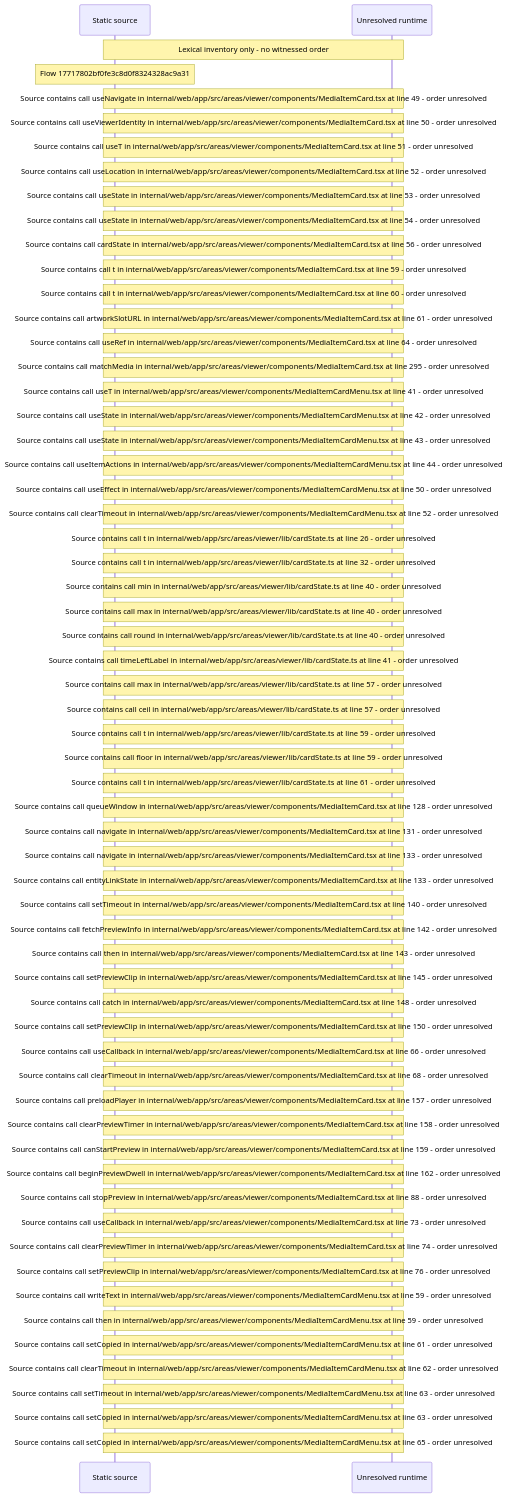
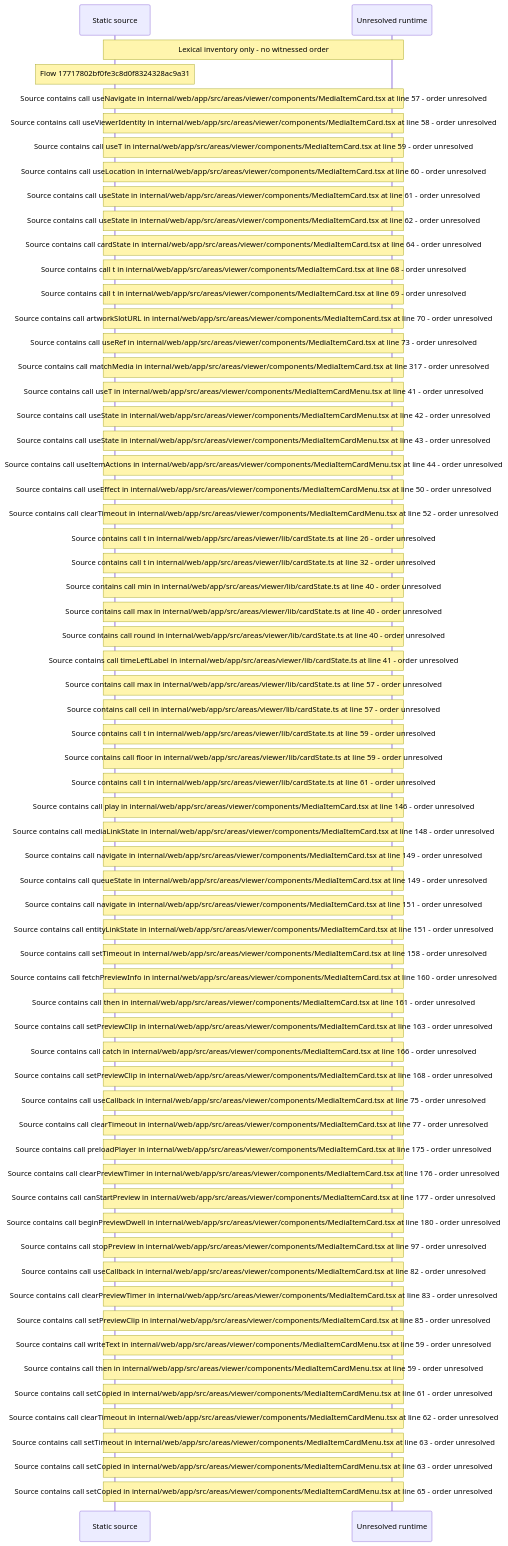
Before and after one commit to beamfall/core: the diagram in docs/web/flows/generated/17717802bf0fe3c8d0f8324328ac9a31/flow-diagram.md, drawn with Mermaid. The commit also changed other lines of this file and 714 other files, not shown here.

Commit message:
Regenerate the web flow record on the batch 5 head (CORE-1762)

````diff
--- a/docs/web/flows/generated/17717802bf0fe3c8d0f8324328ac9a31/flow-diagram.md
+++ b/docs/web/flows/generated/17717802bf0fe3c8d0f8324328ac9a31/flow-diagram.md
@@ -10,63 +10,65 @@
 ```mermaid
 sequenceDiagram
     participant S as Static source
     participant U as Unresolved runtime
     Note over S,U: Lexical inventory only - no witnessed order
     Note over S: Flow 17717802bf0fe3c8d0f8324328ac9a31
-    Note over S,U: Source contains call useNavigate in internal/web/app/src/areas/viewer/components/MediaItemCard.tsx at line 49 - order unresolved
-    Note over S,U: Source contains call useViewerIdentity in internal/web/app/src/areas/viewer/components/MediaItemCard.tsx at line 50 - order unresolved
-    Note over S,U: Source contains call useT in internal/web/app/src/areas/viewer/components/MediaItemCard.tsx at line 51 - order unresolved
-    Note over S,U: Source contains call useLocation in internal/web/app/src/areas/viewer/components/MediaItemCard.tsx at line 52 - order unresolved
-    Note over S,U: Source contains call useState in internal/web/app/src/areas/viewer/components/MediaItemCard.tsx at line 53 - order unresolved
-    Note over S,U: Source contains call useState in internal/web/app/src/areas/viewer/components/MediaItemCard.tsx at line 54 - order unresolved
-    Note over S,U: Source contains call cardState in internal/web/app/src/areas/viewer/components/MediaItemCard.tsx at line 56 - order unresolved
-    Note over S,U: Source contains call t in internal/web/app/src/areas/viewer/components/MediaItemCard.tsx at line 59 - order unresolved
-    Note over S,U: Source contains call t in internal/web/app/src/areas/viewer/components/MediaItemCard.tsx at line 60 - order unresolved
-    Note over S,U: Source contains call artworkSlotURL in internal/web/app/src/areas/viewer/components/MediaItemCard.tsx at line 61 - order unresolved
-    Note over S,U: Source contains call useRef in internal/web/app/src/areas/viewer/components/MediaItemCard.tsx at line 64 - order unresolved
-    Note over S,U: Source contains call matchMedia in internal/web/app/src/areas/viewer/components/MediaItemCard.tsx at line 295 - order unresolved
+    Note over S,U: Source contains call useNavigate in internal/web/app/src/areas/viewer/components/MediaItemCard.tsx at line 57 - order unresolved
+    Note over S,U: Source contains call useViewerIdentity in internal/web/app/src/areas/viewer/components/MediaItemCard.tsx at line 58 - order unresolved
+    Note over S,U: Source contains call useT in internal/web/app/src/areas/viewer/components/MediaItemCard.tsx at line 59 - order unresolved
+    Note over S,U: Source contains call useLocation in internal/web/app/src/areas/viewer/components/MediaItemCard.tsx at line 60 - order unresolved
+    Note over S,U: Source contains call useState in internal/web/app/src/areas/viewer/components/MediaItemCard.tsx at line 61 - order unresolved
+    Note over S,U: Source contains call useState in internal/web/app/src/areas/viewer/components/MediaItemCard.tsx at line 62 - order unresolved
+    Note over S,U: Source contains call cardState in internal/web/app/src/areas/viewer/components/MediaItemCard.tsx at line 64 - order unresolved
+    Note over S,U: Source contains call t in internal/web/app/src/areas/viewer/components/MediaItemCard.tsx at line 68 - order unresolved
+    Note over S,U: Source contains call t in internal/web/app/src/areas/viewer/components/MediaItemCard.tsx at line 69 - order unresolved
+    Note over S,U: Source contains call artworkSlotURL in internal/web/app/src/areas/viewer/components/MediaItemCard.tsx at line 70 - order unresolved
+    Note over S,U: Source contains call useRef in internal/web/app/src/areas/viewer/components/MediaItemCard.tsx at line 73 - order unresolved
+    Note over S,U: Source contains call matchMedia in internal/web/app/src/areas/viewer/components/MediaItemCard.tsx at line 317 - order unresolved
     Note over S,U: Source contains call useT in internal/web/app/src/areas/viewer/components/MediaItemCardMenu.tsx at line 41 - order unresolved
     Note over S,U: Source contains call useState in internal/web/app/src/areas/viewer/components/MediaItemCardMenu.tsx at line 42 - order unresolved
     Note over S,U: Source contains call useState in internal/web/app/src/areas/viewer/components/MediaItemCardMenu.tsx at line 43 - order unresolved
     Note over S,U: Source contains call useItemActions in internal/web/app/src/areas/viewer/components/MediaItemCardMenu.tsx at line 44 - order unresolved
     Note over S,U: Source contains call useEffect in internal/web/app/src/areas/viewer/components/MediaItemCardMenu.tsx at line 50 - order unresolved
     Note over S,U: Source contains call clearTimeout in internal/web/app/src/areas/viewer/components/MediaItemCardMenu.tsx at line 52 - order unresolved
     Note over S,U: Source contains call t in internal/web/app/src/areas/viewer/lib/cardState.ts at line 26 - order unresolved
     Note over S,U: Source contains call t in internal/web/app/src/areas/viewer/lib/cardState.ts at line 32 - order unresolved
     Note over S,U: Source contains call min in internal/web/app/src/areas/viewer/lib/cardState.ts at line 40 - order unresolved
     Note over S,U: Source contains call max in internal/web/app/src/areas/viewer/lib/cardState.ts at line 40 - order unresolved
     Note over S,U: Source contains call round in internal/web/app/src/areas/viewer/lib/cardState.ts at line 40 - order unresolved
     Note over S,U: Source contains call timeLeftLabel in internal/web/app/src/areas/viewer/lib/cardState.ts at line 41 - order unresolved
     Note over S,U: Source contains call max in internal/web/app/src/areas/viewer/lib/cardState.ts at line 57 - order unresolved
     Note over S,U: Source contains call ceil in internal/web/app/src/areas/viewer/lib/cardState.ts at line 57 - order unresolved
     Note over S,U: Source contains call t in internal/web/app/src/areas/viewer/lib/cardState.ts at line 59 - order unresolved
     Note over S,U: Source contains call floor in internal/web/app/src/areas/viewer/lib/cardState.ts at line 59 - order unresolved
     Note over S,U: Source contains call t in internal/web/app/src/areas/viewer/lib/cardState.ts at line 61 - order unresolved
-    Note over S,U: Source contains call queueWindow in internal/web/app/src/areas/viewer/components/MediaItemCard.tsx at line 128 - order unresolved
-    Note over S,U: Source contains call navigate in internal/web/app/src/areas/viewer/components/MediaItemCard.tsx at line 131 - order unresolved
-    Note over S,U: Source contains call navigate in internal/web/app/src/areas/viewer/components/MediaItemCard.tsx at line 133 - order unresolved
-    Note over S,U: Source contains call entityLinkState in internal/web/app/src/areas/viewer/components/MediaItemCard.tsx at line 133 - order unresolved
-    Note over S,U: Source contains call setTimeout in internal/web/app/src/areas/viewer/components/MediaItemCard.tsx at line 140 - order unresolved
-    Note over S,U: Source contains call fetchPreviewInfo in internal/web/app/src/areas/viewer/components/MediaItemCard.tsx at line 142 - order unresolved
-    Note over S,U: Source contains call then in internal/web/app/src/areas/viewer/components/MediaItemCard.tsx at line 143 - order unresolved
-    Note over S,U: Source contains call setPreviewClip in internal/web/app/src/areas/viewer/components/MediaItemCard.tsx at line 145 - order unresolved
-    Note over S,U: Source contains call catch in internal/web/app/src/areas/viewer/components/MediaItemCard.tsx at line 148 - order unresolved
-    Note over S,U: Source contains call setPreviewClip in internal/web/app/src/areas/viewer/components/MediaItemCard.tsx at line 150 - order unresolved
-    Note over S,U: Source contains call useCallback in internal/web/app/src/areas/viewer/components/MediaItemCard.tsx at line 66 - order unresolved
-    Note over S,U: Source contains call clearTimeout in internal/web/app/src/areas/viewer/components/MediaItemCard.tsx at line 68 - order unresolved
-    Note over S,U: Source contains call preloadPlayer in internal/web/app/src/areas/viewer/components/MediaItemCard.tsx at line 157 - order unresolved
-    Note over S,U: Source contains call clearPreviewTimer in internal/web/app/src/areas/viewer/components/MediaItemCard.tsx at line 158 - order unresolved
-    Note over S,U: Source contains call canStartPreview in internal/web/app/src/areas/viewer/components/MediaItemCard.tsx at line 159 - order unresolved
-    Note over S,U: Source contains call beginPreviewDwell in internal/web/app/src/areas/viewer/components/MediaItemCard.tsx at line 162 - order unresolved
-    Note over S,U: Source contains call stopPreview in internal/web/app/src/areas/viewer/components/MediaItemCard.tsx at line 88 - order unresolved
-    Note over S,U: Source contains call useCallback in internal/web/app/src/areas/viewer/components/MediaItemCard.tsx at line 73 - order unresolved
-    Note over S,U: Source contains call clearPreviewTimer in internal/web/app/src/areas/viewer/components/MediaItemCard.tsx at line 74 - order unresolved
-    Note over S,U: Source contains call setPreviewClip in internal/web/app/src/areas/viewer/components/MediaItemCard.tsx at line 76 - order unresolved
+    Note over S,U: Source contains call play in internal/web/app/src/areas/viewer/components/MediaItemCard.tsx at line 146 - order unresolved
+    Note over S,U: Source contains call mediaLinkState in internal/web/app/src/areas/viewer/components/MediaItemCard.tsx at line 148 - order unresolved
+    Note over S,U: Source contains call navigate in internal/web/app/src/areas/viewer/components/MediaItemCard.tsx at line 149 - order unresolved
+    Note over S,U: Source contains call queueState in internal/web/app/src/areas/viewer/components/MediaItemCard.tsx at line 149 - order unresolved
+    Note over S,U: Source contains call navigate in internal/web/app/src/areas/viewer/components/MediaItemCard.tsx at line 151 - order unresolved
+    Note over S,U: Source contains call entityLinkState in internal/web/app/src/areas/viewer/components/MediaItemCard.tsx at line 151 - order unresolved
+    Note over S,U: Source contains call setTimeout in internal/web/app/src/areas/viewer/components/MediaItemCard.tsx at line 158 - order unresolved
+    Note over S,U: Source contains call fetchPreviewInfo in internal/web/app/src/areas/viewer/components/MediaItemCard.tsx at line 160 - order unresolved
+    Note over S,U: Source contains call then in internal/web/app/src/areas/viewer/components/MediaItemCard.tsx at line 161 - order unresolved
+    Note over S,U: Source contains call setPreviewClip in internal/web/app/src/areas/viewer/components/MediaItemCard.tsx at line 163 - order unresolved
+    Note over S,U: Source contains call catch in internal/web/app/src/areas/viewer/components/MediaItemCard.tsx at line 166 - order unresolved
+    Note over S,U: Source contains call setPreviewClip in internal/web/app/src/areas/viewer/components/MediaItemCard.tsx at line 168 - order unresolved
+    Note over S,U: Source contains call useCallback in internal/web/app/src/areas/viewer/components/MediaItemCard.tsx at line 75 - order unresolved
+    Note over S,U: Source contains call clearTimeout in internal/web/app/src/areas/viewer/components/MediaItemCard.tsx at line 77 - order unresolved
+    Note over S,U: Source contains call preloadPlayer in internal/web/app/src/areas/viewer/components/MediaItemCard.tsx at line 175 - order unresolved
+    Note over S,U: Source contains call clearPreviewTimer in internal/web/app/src/areas/viewer/components/MediaItemCard.tsx at line 176 - order unresolved
+    Note over S,U: Source contains call canStartPreview in internal/web/app/src/areas/viewer/components/MediaItemCard.tsx at line 177 - order unresolved
+    Note over S,U: Source contains call beginPreviewDwell in internal/web/app/src/areas/viewer/components/MediaItemCard.tsx at line 180 - order unresolved
+    Note over S,U: Source contains call stopPreview in internal/web/app/src/areas/viewer/components/MediaItemCard.tsx at line 97 - order unresolved
+    Note over S,U: Source contains call useCallback in internal/web/app/src/areas/viewer/components/MediaItemCard.tsx at line 82 - order unresolved
+    Note over S,U: Source contains call clearPreviewTimer in internal/web/app/src/areas/viewer/components/MediaItemCard.tsx at line 83 - order unresolved
+    Note over S,U: Source contains call setPreviewClip in internal/web/app/src/areas/viewer/components/MediaItemCard.tsx at line 85 - order unresolved
     Note over S,U: Source contains call writeText in internal/web/app/src/areas/viewer/components/MediaItemCardMenu.tsx at line 59 - order unresolved
     Note over S,U: Source contains call then in internal/web/app/src/areas/viewer/components/MediaItemCardMenu.tsx at line 59 - order unresolved
     Note over S,U: Source contains call setCopied in internal/web/app/src/areas/viewer/components/MediaItemCardMenu.tsx at line 61 - order unresolved
     Note over S,U: Source contains call clearTimeout in internal/web/app/src/areas/viewer/components/MediaItemCardMenu.tsx at line 62 - order unresolved
     Note over S,U: Source contains call setTimeout in internal/web/app/src/areas/viewer/components/MediaItemCardMenu.tsx at line 63 - order unresolved
     Note over S,U: Source contains call setCopied in internal/web/app/src/areas/viewer/components/MediaItemCardMenu.tsx at line 63 - order unresolved
     Note over S,U: Source contains call setCopied in internal/web/app/src/areas/viewer/components/MediaItemCardMenu.tsx at line 65 - order unresolved
 ```
````
